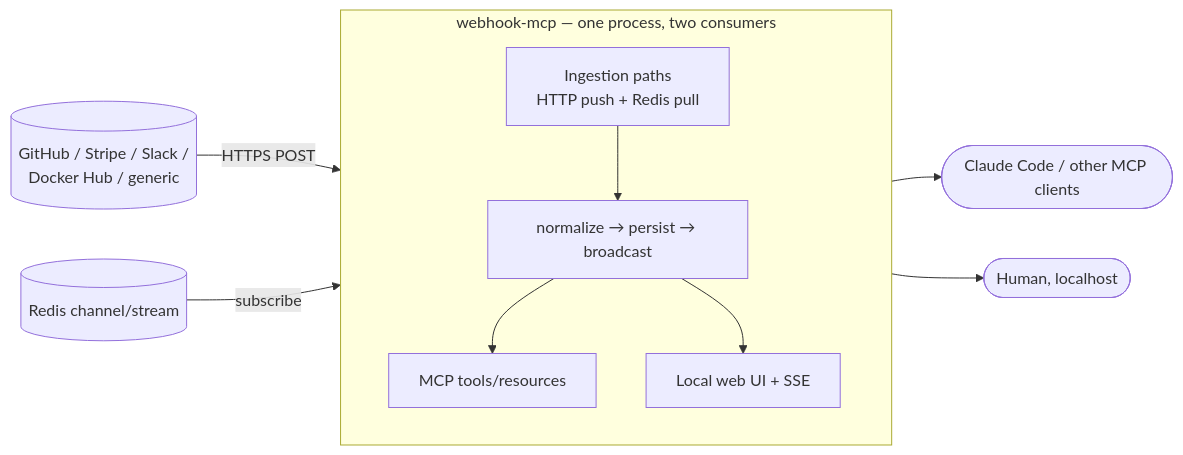
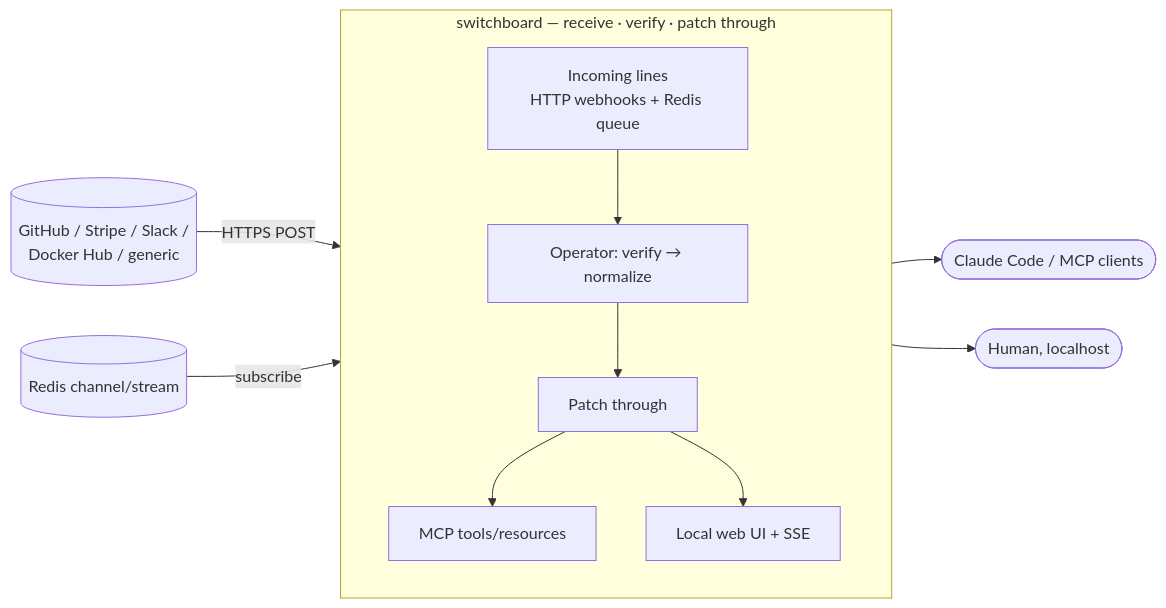
One commit to stump-wtf/switchboard changed the diagram in docs/adr/ADR-000-project-naming-and-scope.md. Above: the diagram before and after it, drawn with Mermaid. The commit also changed other lines of this file and 17 other files, not shown here.

````diff
--- a/docs/adr/ADR-000-project-naming-and-scope.md
+++ b/docs/adr/ADR-000-project-naming-and-scope.md
@@ -97,13 +99,14 @@
 ```mermaid
 flowchart LR
-  subgraph inbound[webhook-mcp — one process, two consumers]
+  subgraph board[switchboard — receive · verify · patch through]
     direction TB
-    ingest[Ingestion paths<br/>HTTP push + Redis pull] --> pipe[normalize → persist → broadcast]
-    pipe --> mcp[MCP tools/resources]
-    pipe --> ui[Local web UI + SSE]
+    ingest[Incoming lines<br/>HTTP webhooks + Redis queue] --> op[Operator: verify → normalize]
+    op --> patch[Patch through]
+    patch --> mcp[MCP tools/resources]
+    patch --> ui[Local web UI + SSE]
   end
   providers[(GitHub / Stripe / Slack /<br/>Docker Hub / generic)] -->|HTTPS POST| ingest
   redis[(Redis channel/stream)] -->|subscribe| ingest
-  mcp --> clients([Claude Code / other MCP clients])
+  mcp --> clients([Claude Code / MCP clients])
   ui --> human([Human, localhost])
 ```
````
